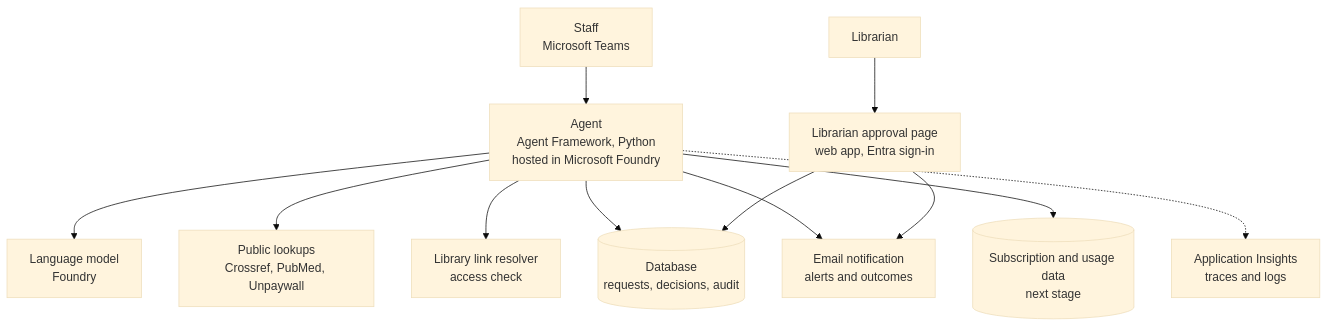
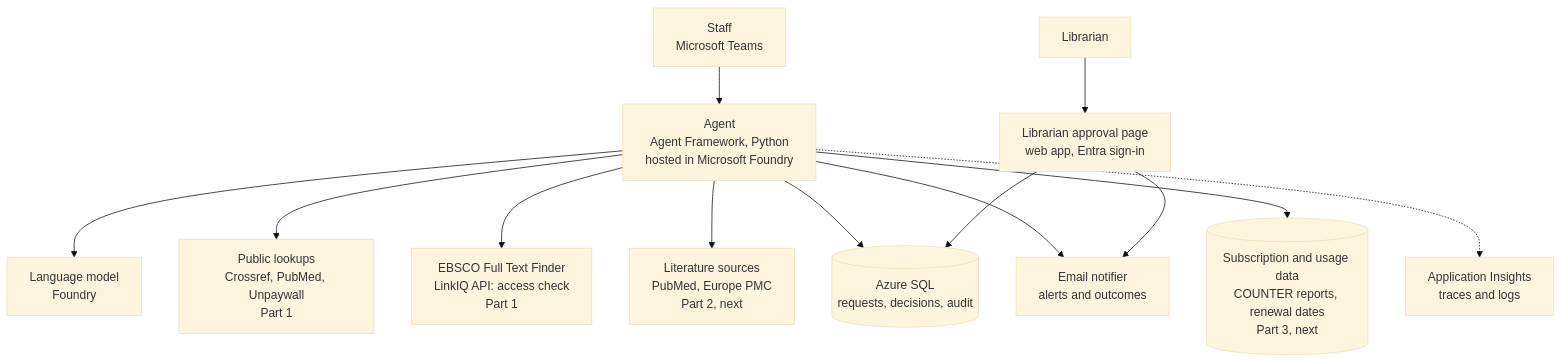
One commit to hamza-roujdami/medical-libraryIQ changed the third of 4 diagrams in README.md. Above: the diagram before and after it, drawn with Mermaid (base theme). The commit also changed other lines of this file, not shown here.

Commit message:
Align names and part numbers across README tables and diagrams

````diff
--- a/README.md
+++ b/README.md
@@ -50,14 +50,15 @@
 ```mermaid
 flowchart TB
   U["Staff<br/>Microsoft Teams"] --> AG["Agent<br/>Agent Framework, Python<br/>hosted in Microsoft Foundry"]
   AG --> MODEL["Language model<br/>Foundry"]
-  AG --> PUB["Public lookups<br/>Crossref, PubMed, Unpaywall"]
-  AG --> LR["Library link resolver<br/>access check"]
-  AG --> DB[("Database<br/>requests, decisions, audit")]
-  AG --> MAIL["Email notification<br/>alerts and outcomes"]
-  AG --> SUB[("Subscription and usage data<br/>next stage")]
+  AG --> PUB["Public lookups<br/>Crossref, PubMed, Unpaywall<br/>Part 1"]
+  AG --> LR["EBSCO Full Text Finder<br/>LinkIQ API: access check<br/>Part 1"]
+  AG --> LIT["Literature sources<br/>PubMed, Europe PMC<br/>Part 2, next"]
+  AG --> DB[("Azure SQL<br/>requests, decisions, audit")]
+  AG --> MAIL["Email notifier<br/>alerts and outcomes"]
+  AG --> SUB[("Subscription and usage data<br/>COUNTER reports, renewal dates<br/>Part 3, next")]
   AG -.-> OBS["Application Insights<br/>traces and logs"]
   LIBN["Librarian"] --> LIB["Librarian approval page<br/>web app, Entra sign-in"]
   LIB --> DB
   LIB --> MAIL
 ```
````
